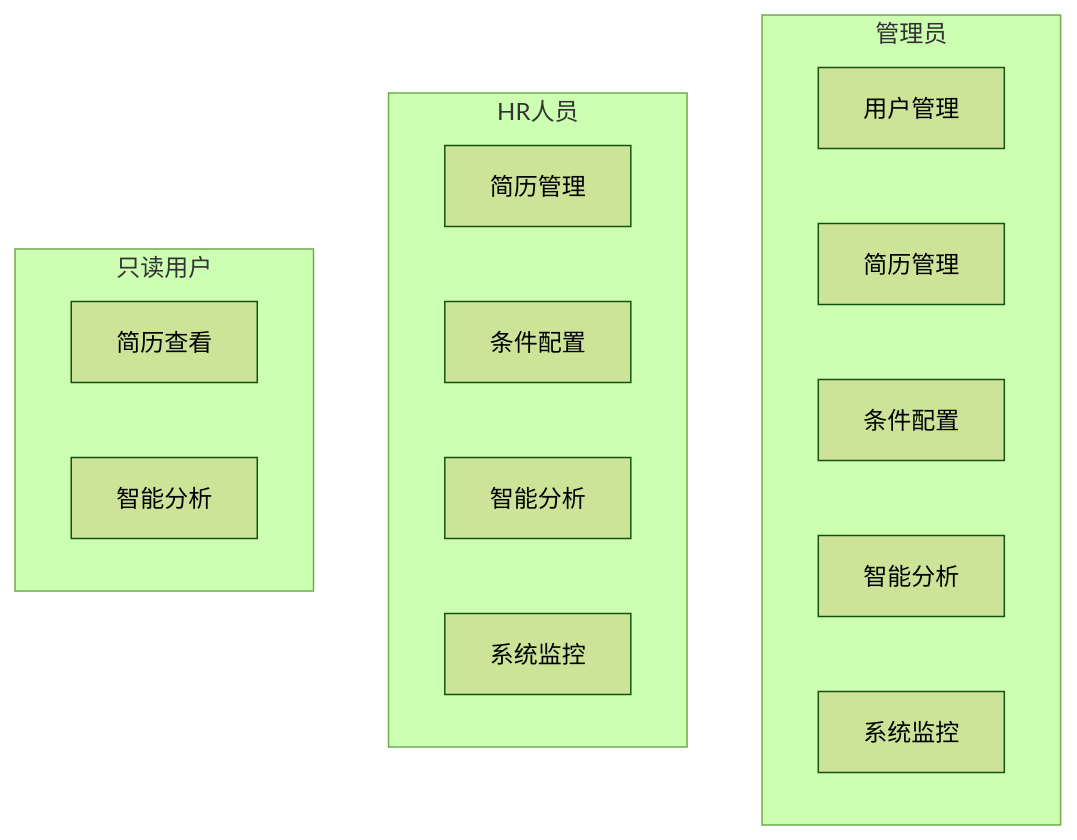
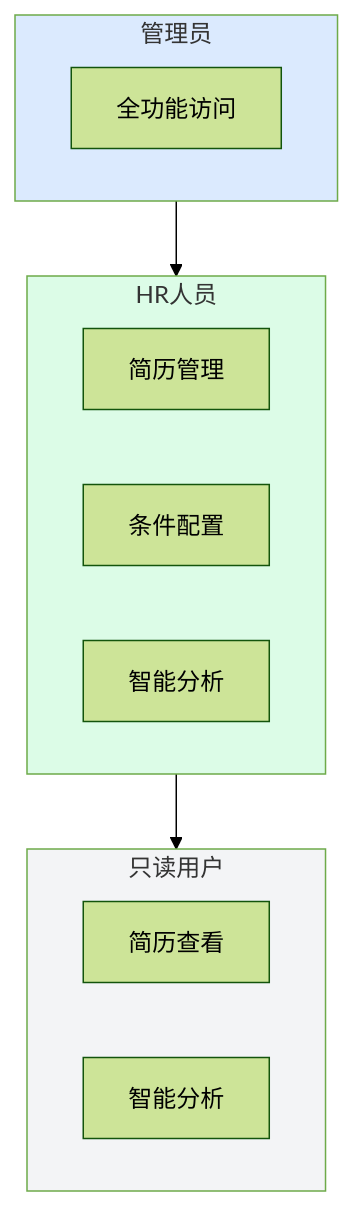
Before and after one commit to xt765/ResumeScreening: the eighth of 8 diagrams in docs/usage.md, drawn with Mermaid (forest theme). The commit also changed other lines of this file and 5 other files, not shown here.

Commit message:
refactor: remove similarity score and update documentation diagrams

````diff
--- a/docs/usage.md
+++ b/docs/usage.md
@@ -418,22 +438,24 @@
 ```mermaid
-graph TB
-    subgraph admin[管理员]
-        A1[用户管理]
-        A2[简历管理]
-        A3[条件配置]
-        A4[智能分析]
-        A5[系统监控]
+graph TD
+    subgraph Admin [管理员]
+        A[全功能访问]
     end
     
-    subgraph hr[HR人员]
-        B2[简历管理]
-        B3[条件配置]
-        B4[智能分析]
-        B5[系统监控]
+    subgraph HR [HR人员]
+        B1[简历管理]
+        B2[条件配置]
+        B3[智能分析]
     end
     
-    subgraph viewer[只读用户]
-        C2[简历查看]
-        C4[智能分析]
+    subgraph Viewer [只读用户]
+        C1[简历查看]
+        C2[智能分析]
     end
+    
+    Admin --> HR
+    HR --> Viewer
+    
+    style Admin fill:#dbeafe
+    style HR fill:#dcfce7
+    style Viewer fill:#f3f4f6
 ```
````
